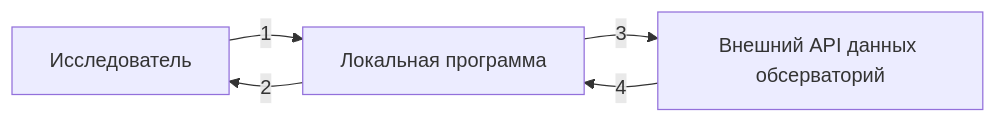
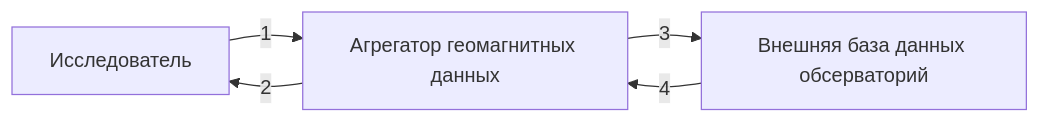
The first of 3 diagrams in docs/architecture.md (NaVi-4oK/team-amd), drawn with Mermaid before and after one commit.

````diff
--- a/docs/architecture.md
+++ b/docs/architecture.md
@@ -11,7 +11,7 @@
 ```mermaid
 flowchart LR
-    researcher[Исследователь] -->|1| app[Локальная программа]
+    researcher[Исследователь] -->|1| app[Агрегатор геомагнитных данных]
     app -->|2| researcher
-    app -->|3| api[Внешний API данных обсерваторий]
+    app -->|3| api[Внешняя база данных обсерваторий]
     api -->|4| app
 ```
````
